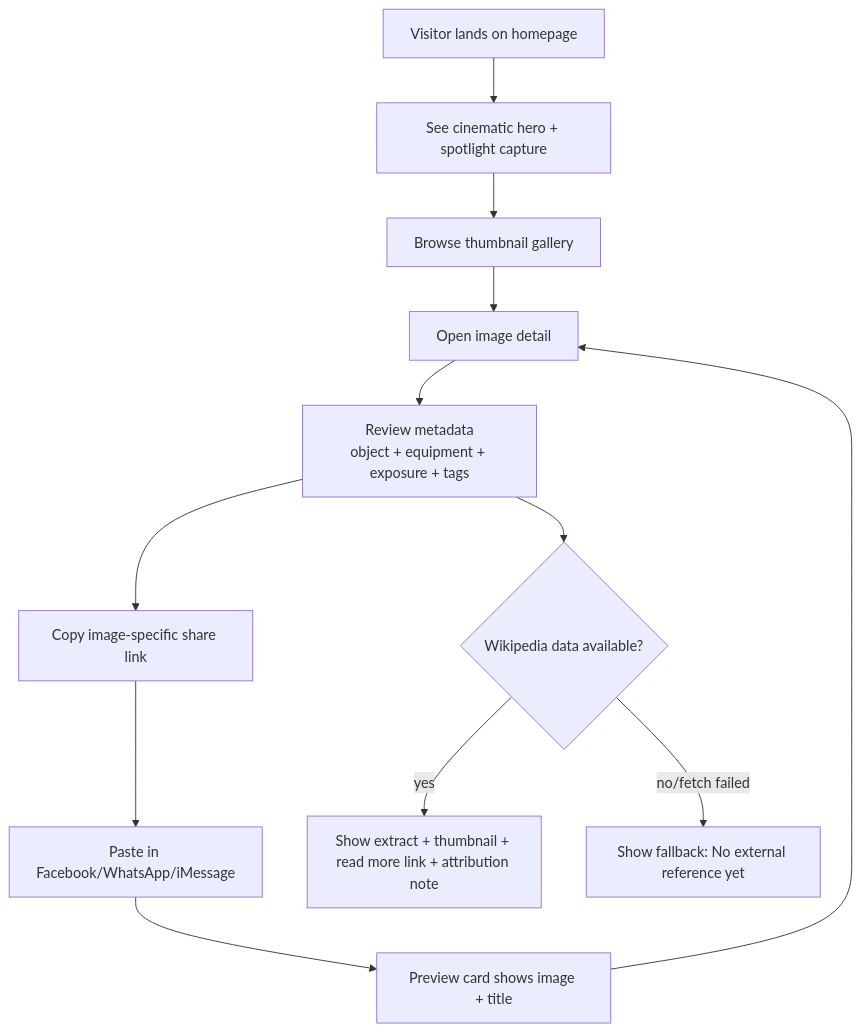
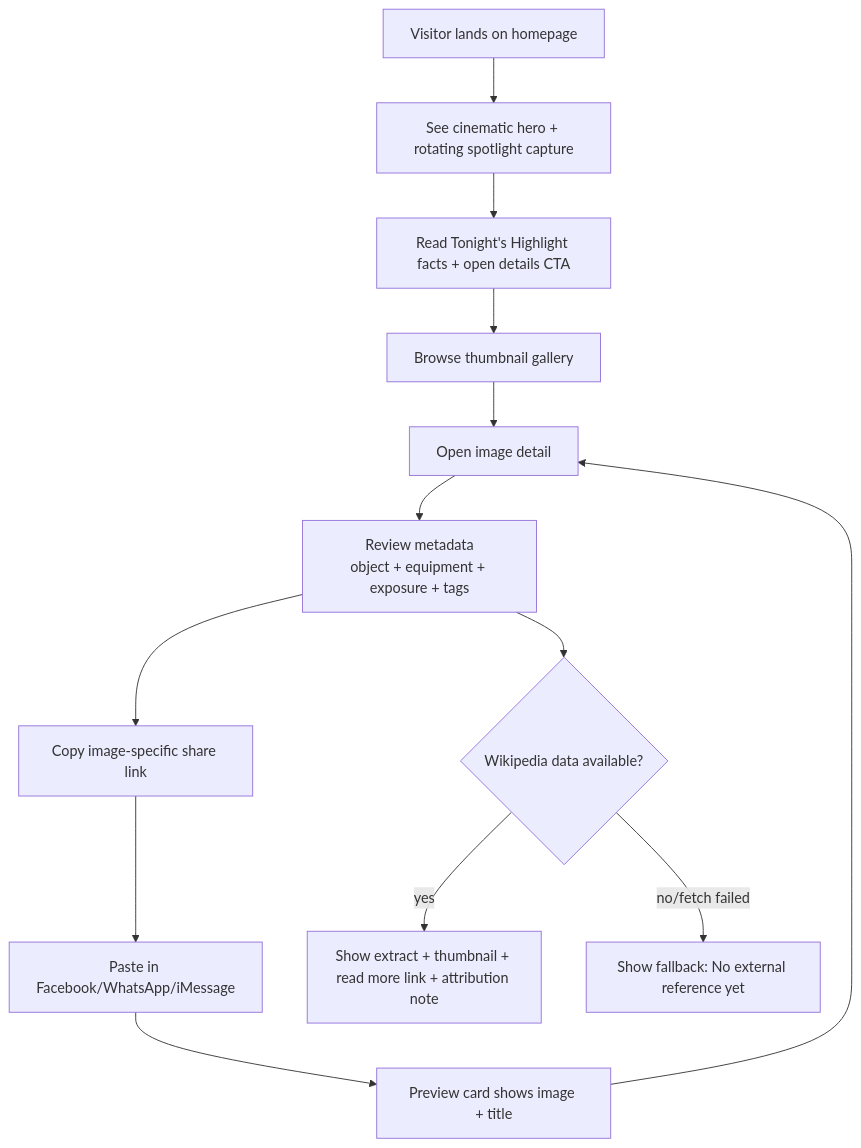
Before and after one commit to smeird/images: the first of 3 diagrams in README.md, drawn with Mermaid. The commit also changed other lines of this file and 4 other files, not shown here.

Commit message:
Add rotating homepage spotlight and Tonight's Highlight caption\n\nReviewed and updated README.md plus Mermaid diagrams, and synced WEBSITE_TASKS.md for this behavior change.

````diff
--- a/README.md
+++ b/README.md
@@ -139,14 +139,15 @@
 ```mermaid
 flowchart TD
-  A[Visitor lands on homepage] --> B[See cinematic hero + spotlight capture]
-  B --> C[Browse thumbnail gallery]
+  A[Visitor lands on homepage] --> B[See cinematic hero + rotating spotlight capture]
+  B --> B2[Read Tonight's Highlight facts + open details CTA]
+  B2 --> C[Browse thumbnail gallery]
   C --> D[Open image detail]
   D --> E[Review metadata\nobject + equipment + exposure + tags]
   E --> I[Copy image-specific share link]
   I --> J[Paste in Facebook/WhatsApp/iMessage]
   J --> K[Preview card shows image + title]
   K --> D
   E --> F{Wikipedia data available?}
   F -- yes --> G[Show extract + thumbnail + read more link + attribution note]
   F -- no/fetch failed --> H[Show fallback: No external reference yet]
 ```
````
